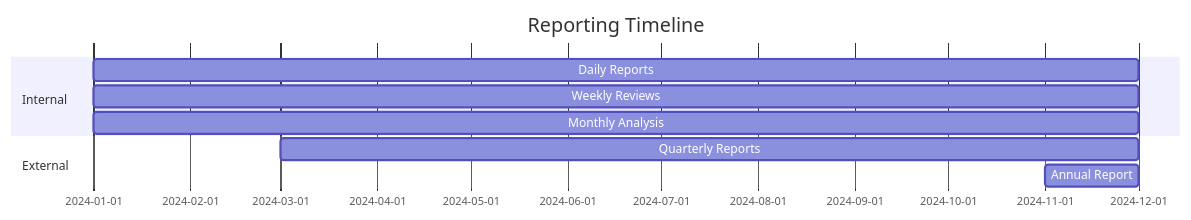
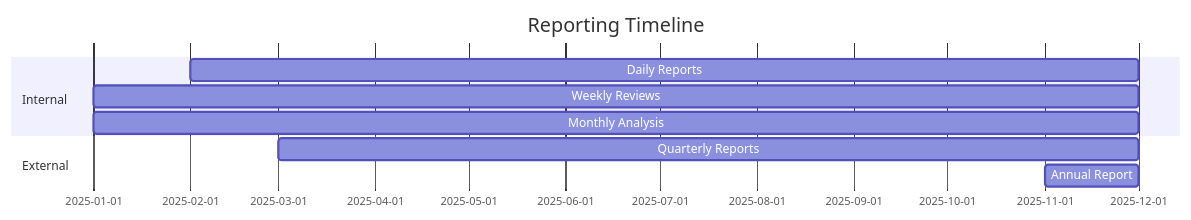
One commit to Vortx-AI/synthetic-satellite changed the fifth of 6 diagrams in docs/sustainability/methodology.md. Above: the diagram before and after it, drawn with Mermaid. The commit also changed other lines of this file, not shown here.

````diff
--- a/docs/sustainability/methodology.md
+++ b/docs/sustainability/methodology.md
@@ -159,12 +159,12 @@
 ```mermaid
 gantt
     title Reporting Timeline
     dateFormat YYYY-MM
     section Internal
-    Daily Reports     :2024-01, 2024-12
-    Weekly Reviews    :2024-01, 2024-12
-    Monthly Analysis  :2024-01, 2024-12
+    Daily Reports     :2025-02, 2025-12
+    Weekly Reviews    :2025-01, 2025-12
+    Monthly Analysis  :2025-01, 2025-12
     section External
-    Quarterly Reports :2024-03, 2024-12
-    Annual Report     :2024-11, 2024-12
+    Quarterly Reports :2025-03, 2025-12
+    Annual Report     :2025-11, 2025-12
 ```
````
